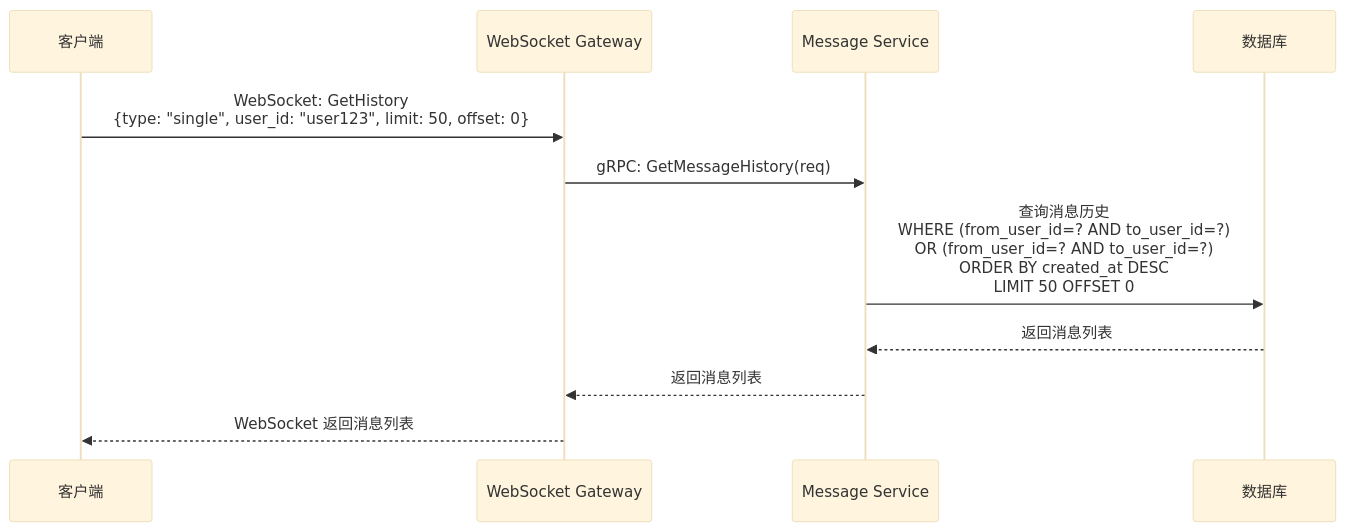
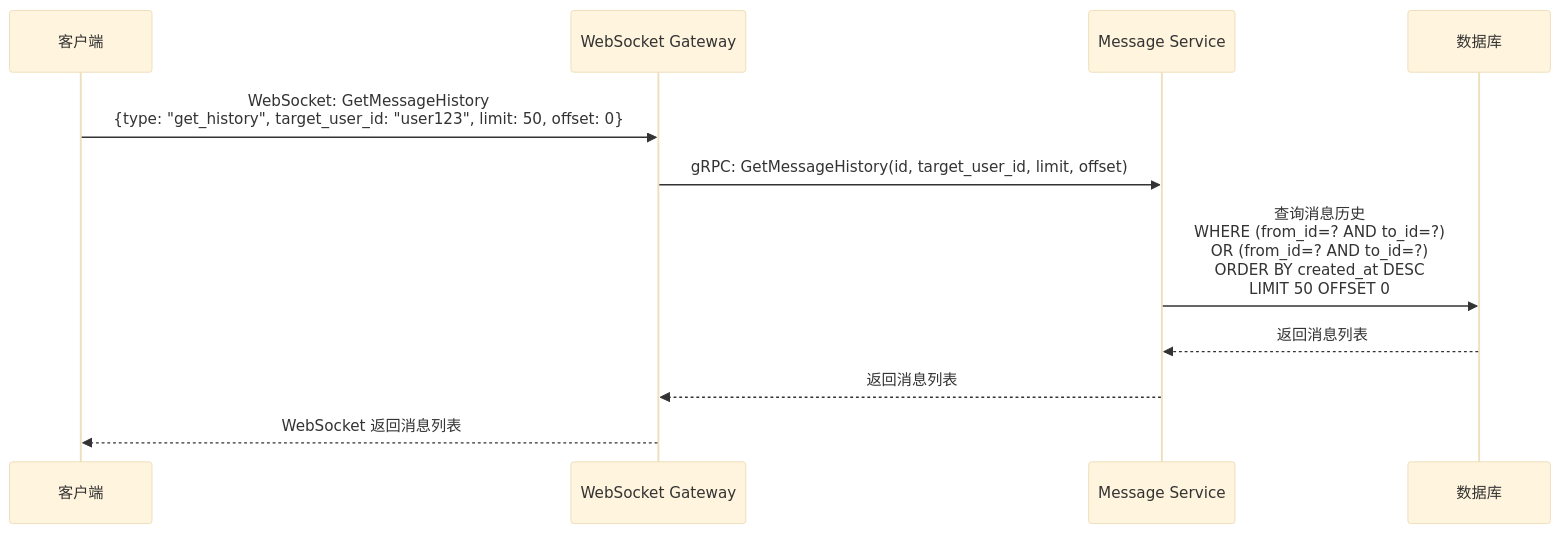
One commit to HappyLadySauce/Beehive changed the fifth of 9 diagrams in docs/dev/01-用户登录与操作逻辑.md. Above: the diagram before and after it, drawn with Mermaid (base theme). The commit also changed other lines of this file and 19 other files, not shown here.

Commit message:
Remove obsolete documentation and gRPC/protobuf files related to user, message, and presence services to streamline the codebase and improve maintainability.

````diff
--- a/docs/dev/01-用户登录与操作逻辑.md
+++ b/docs/dev/01-用户登录与操作逻辑.md
@@ -353,14 +349,14 @@
 ```mermaid
 sequenceDiagram
     participant Client as 客户端
     participant Gateway as WebSocket Gateway
     participant MsgSvc as Message Service
     participant DB as 数据库
     
-    Client->>Gateway: WebSocket: GetHistory<br/>{type: "single", user_id: "user123", limit: 50, offset: 0}
-    Gateway->>MsgSvc: gRPC: GetMessageHistory(req)
-    MsgSvc->>DB: 查询消息历史<br/>WHERE (from_user_id=? AND to_user_id=?)<br/>OR (from_user_id=? AND to_user_id=?)<br/>ORDER BY created_at DESC<br/>LIMIT 50 OFFSET 0
+    Client->>Gateway: WebSocket: GetMessageHistory<br/>{type: "get_history", target_user_id: "user123", limit: 50, offset: 0}
+    Gateway->>MsgSvc: gRPC: GetMessageHistory(id, target_user_id, limit, offset)
+    MsgSvc->>DB: 查询消息历史<br/>WHERE (from_id=? AND to_id=?)<br/>OR (from_id=? AND to_id=?)<br/>ORDER BY created_at DESC<br/>LIMIT 50 OFFSET 0
     DB-->>MsgSvc: 返回消息列表
     MsgSvc-->>Gateway: 返回消息列表
     Gateway-->>Client: WebSocket 返回消息列表
 ```
````
